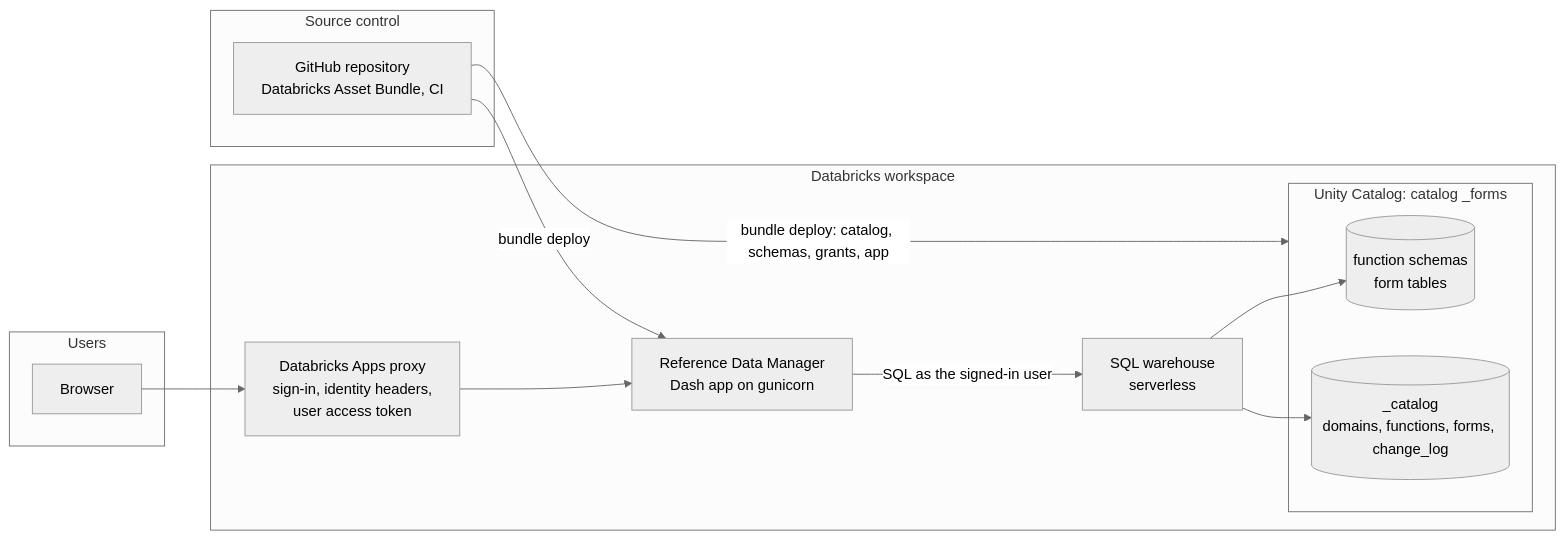
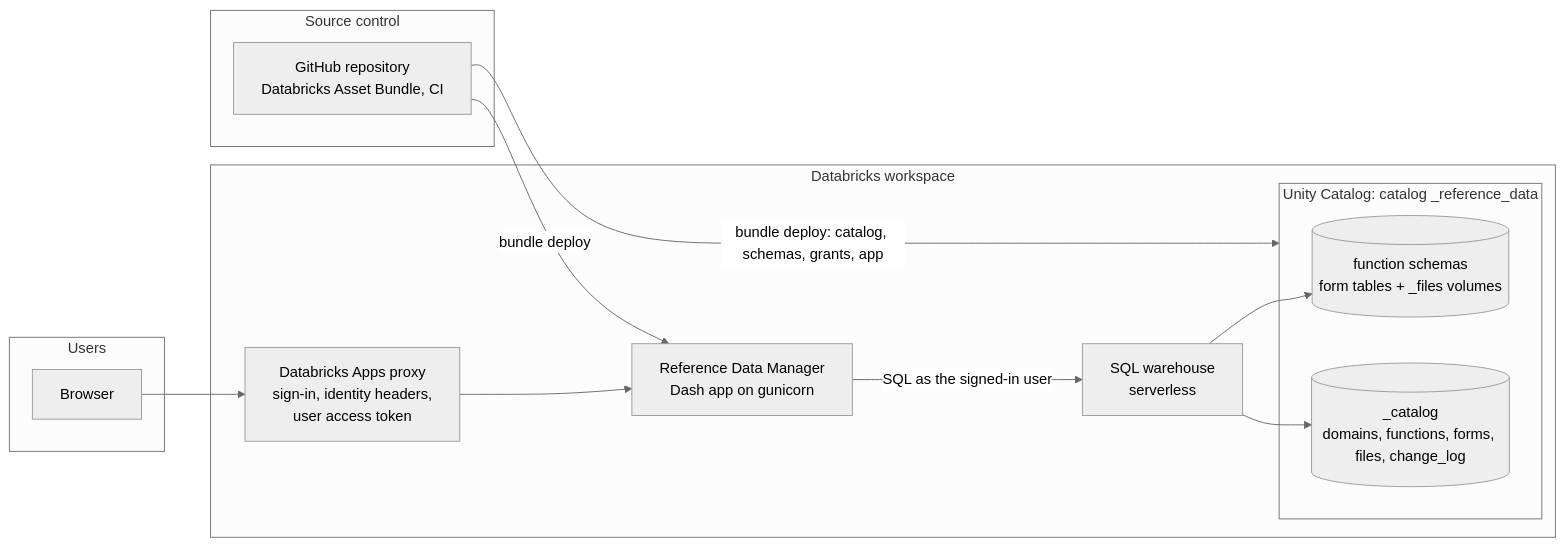
One commit to roanboc/dbx-reference-data-manager changed the sixth of 6 diagrams in docs/FUNCTIONAL_DESIGN.md. Above: the diagram before and after it, drawn with Mermaid (neutral theme). The commit also changed other lines of this file and 38 other files, not shown here.

````diff
--- a/docs/FUNCTIONAL_DESIGN.md
+++ b/docs/FUNCTIONAL_DESIGN.md
@@ -373,24 +415,24 @@
 ```mermaid
 flowchart LR
     subgraph Users
         B[Browser]
     end
     subgraph Databricks workspace
         P[Databricks Apps proxy\nsign-in, identity headers,\nuser access token]
         A[Reference Data Manager\nDash app on gunicorn]
         W[SQL warehouse\nserverless]
-        subgraph UC[Unity Catalog: catalog _forms]
-            S1[(function schemas\nform tables)]
-            S2[(_catalog\ndomains, functions, forms, change_log)]
+        subgraph UC[Unity Catalog: catalog _reference_data]
+            S1[(function schemas\nform tables + _files volumes)]
+            S2[(_catalog\ndomains, functions, forms, files, change_log)]
         end
     end
     subgraph Source control
         G[GitHub repository\nDatabricks Asset Bundle, CI]
     end
     B --> P --> A
     A -- "SQL as the signed-in user" --> W
     W --> S1
     W --> S2
     G -- "bundle deploy: catalog, schemas, grants, app" --> UC
     G -- "bundle deploy" --> A
 ```
````
